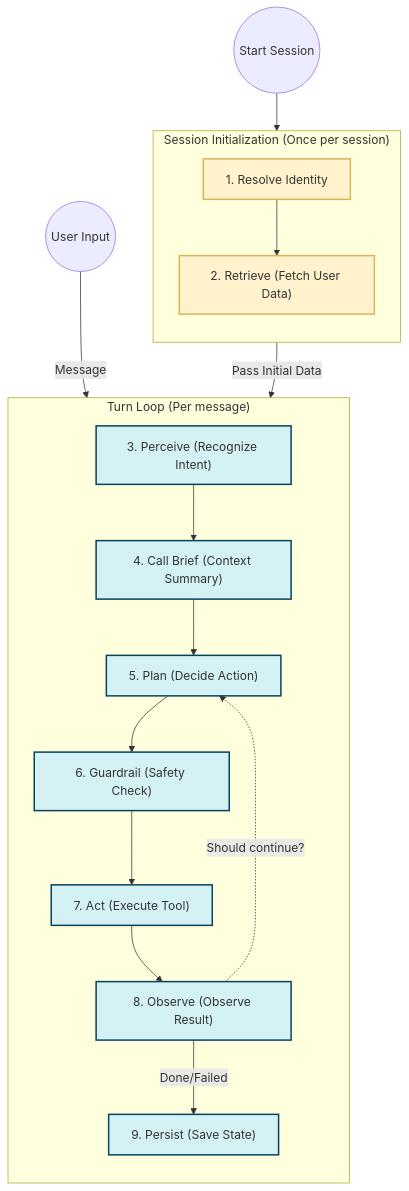
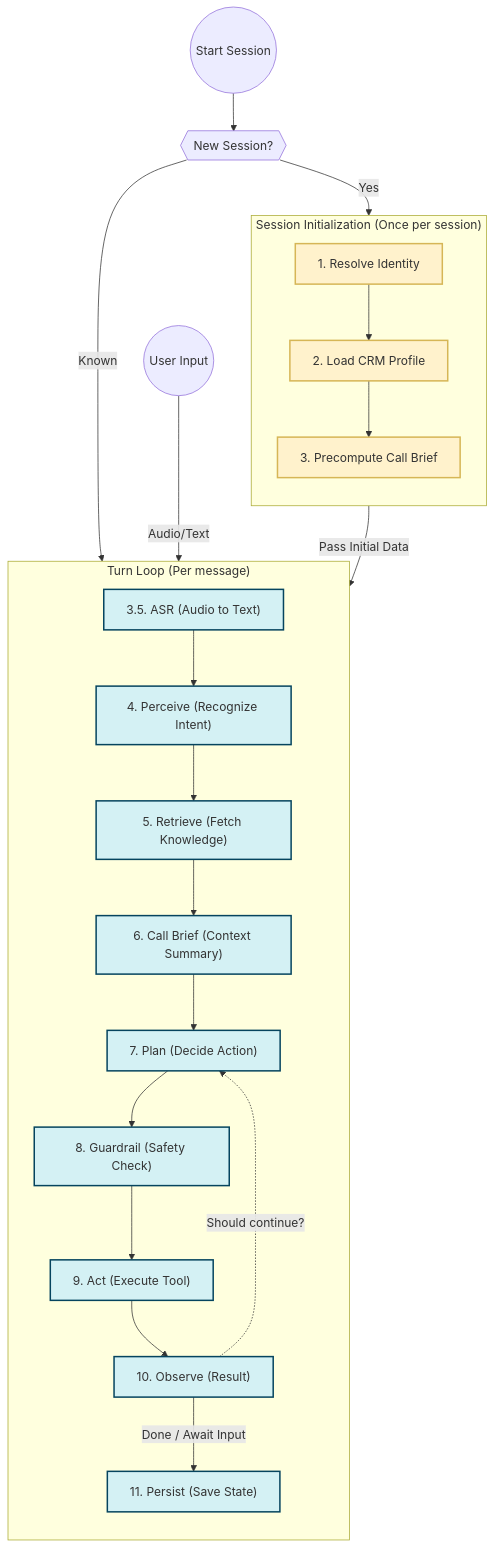
The diagram in docs/agent/architecture.md (hyugai/sudo_code_2026-group_9), drawn with Mermaid before and after one commit.

Commit message:
feat: update architecture

````diff
--- a/docs/agent/architecture.md
+++ b/docs/agent/architecture.md
@@ -7,41 +7,51 @@
 ```mermaid
 graph TD
     classDef initPhase fill:#fff2cc,stroke:#d6b656,stroke-width:2px;
     classDef turnPhase fill:#d4f1f4,stroke:#05445e,stroke-width:2px;
 
-    SessionStart(("Start Session")) --> Identity
-    
+    SessionStart(("Start Session")) --> RouteStart
+
     subgraph Init ["Session Initialization (Once per session)"]
         direction TB
         Identity["1. Resolve Identity"]
-        Retrieve["2. Retrieve (Fetch User Data)"]
+        CRM["2. Load CRM Profile"]
+        Precompute["3. Precompute Call Brief"]
         
-        Identity --> Retrieve
+        Identity --> CRM
+        CRM --> Precompute
     end
 
-    User(("User Input")) -->|Message| Perceive
+    RouteStart{{"New Session?"}}
+    RouteStart -->|Yes| Identity
+    RouteStart -->|Known| ASR
+
+    User(("User Input")) -->|Audio/Text| ASR
 
     subgraph TurnLoop ["Turn Loop (Per message)"]
         direction TB
-        Perceive["3. Perceive (Recognize Intent)"]
-        CallBrief["4. Call Brief (Context Summary)"]
-        Plan["5. Plan (Decide Action)"]
-        Guardrail["6. Guardrail (Safety Check)"]
-        Act["7. Act (Execute Tool)"]
-        Observe["8. Observe (Observe Result)"]
-        Persist["9. Persist (Save State)"]
+        ASR["3.5. ASR (Audio to Text)"]
+        Perceive["4. Perceive (Recognize Intent)"]
+        RAG["5. Retrieve (Fetch Knowledge)"]
+        CallBrief["6. Call Brief (Context Summary)"]
+        Plan["7. Plan (Decide Action)"]
+        Guardrail["8. Guardrail (Safety Check)"]
+        Act["9. Act (Execute Tool)"]
+        Observe["10. Observe (Result)"]
+        Persist["11. Persist (Save State)"]
 
-        Perceive --> CallBrief
+        ASR --> Perceive
+        Perceive --> RAG
+        RAG --> CallBrief
         CallBrief --> Plan
         Plan --> Guardrail
         Guardrail --> Act
         Act --> Observe
         Observe -.->|"Should continue?"| Plan
-        Observe -->|"Done/Failed"| Persist
+        Observe -->|"Done / Await Input"| Persist
     end
 
-    Retrieve -->|Pass Initial Data| TurnLoop
+    Precompute -->|Pass Initial Data| TurnLoop
 
-    class Identity,Retrieve initPhase;
-    class Perceive,CallBrief,Plan,Guardrail,Act,Observe,Persist turnPhase;
+    class Identity,CRM,Precompute initPhase;
+    class ASR,Perceive,RAG,CallBrief,Plan,Guardrail,Act,Observe,Persist turnPhase;
 ```
````
